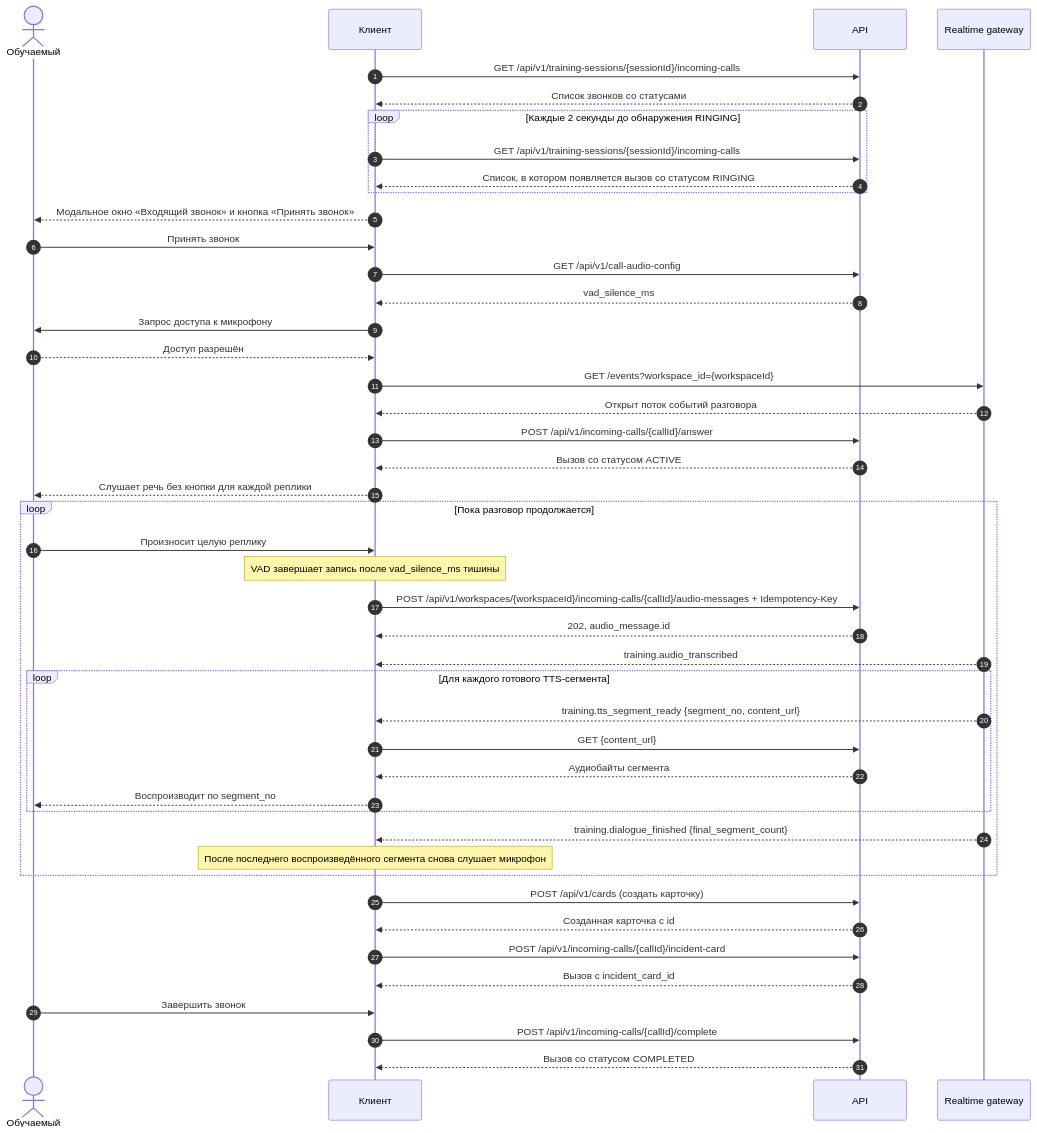
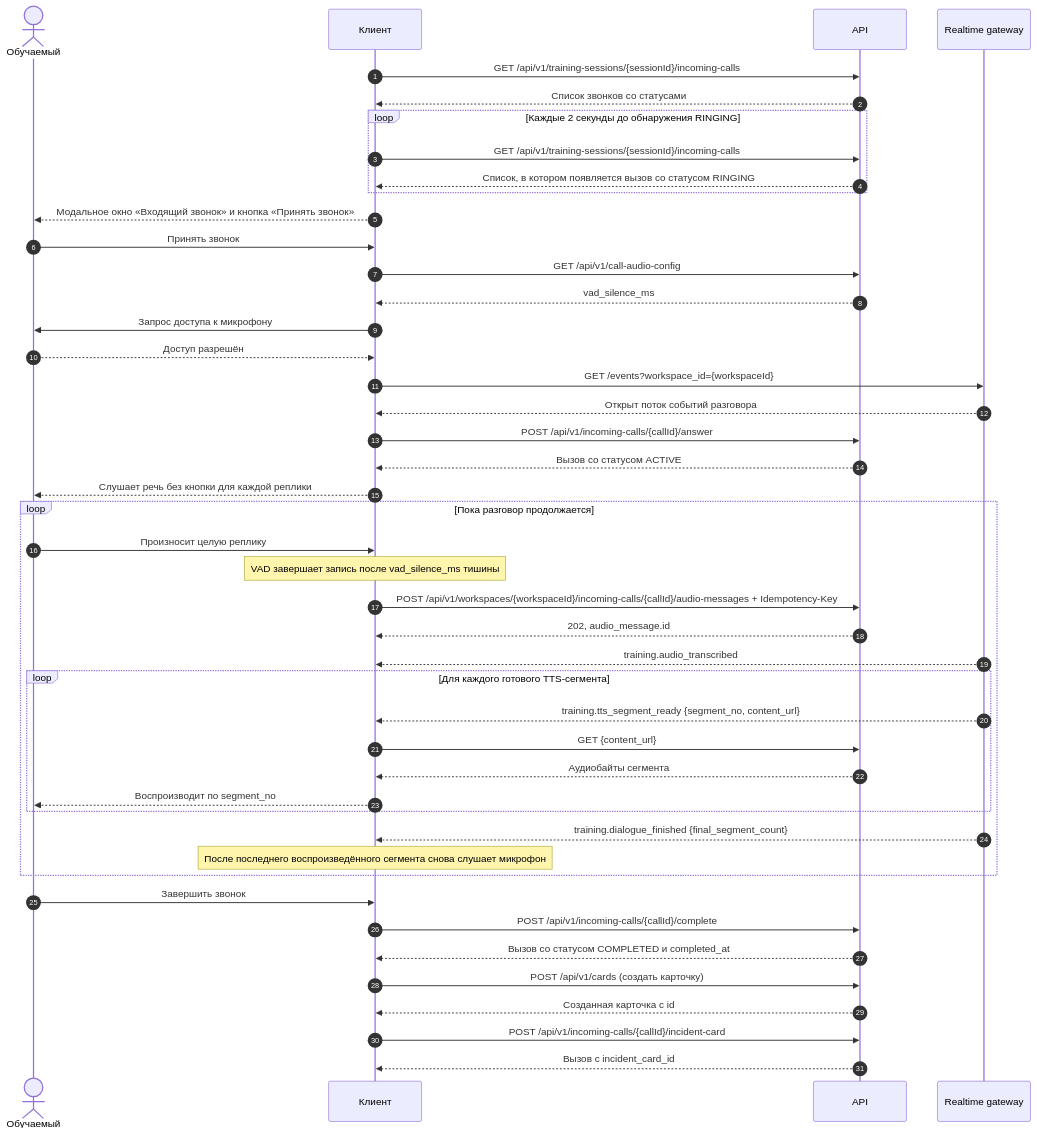
One commit to just-do-it-team/emgncy-edu changed the diagram in backend/src/s112/api/student/incoming_calls/README.MD. Above: the diagram before and after it, drawn with Mermaid. The commit also changed other lines of this file and 9 other files, not shown here.

````diff
--- a/backend/src/s112/api/student/incoming_calls/README.MD
+++ b/backend/src/s112/api/student/incoming_calls/README.MD
@@ -93,48 +100,48 @@
 ```mermaid
 sequenceDiagram
     autonumber
     actor Student as Обучаемый
     participant UI as Клиент
     participant API as API
     participant SSE as Realtime gateway
 
     UI->>API: GET /api/v1/training-sessions/{sessionId}/incoming-calls
     API-->>UI: Список звонков со статусами
     loop Каждые 2 секунды до обнаружения RINGING
         UI->>API: GET /api/v1/training-sessions/{sessionId}/incoming-calls
         API-->>UI: Список, в котором появляется вызов со статусом RINGING
     end
     UI-->>Student: Модальное окно «Входящий звонок» и кнопка «Принять звонок»
     Student->>UI: Принять звонок
     UI->>API: GET /api/v1/call-audio-config
     API-->>UI: vad_silence_ms
     UI->>Student: Запрос доступа к микрофону
     Student-->>UI: Доступ разрешён
     UI->>SSE: GET /events?workspace_id={workspaceId}
     SSE-->>UI: Открыт поток событий разговора
     UI->>API: POST /api/v1/incoming-calls/{callId}/answer
     API-->>UI: Вызов со статусом ACTIVE
     UI-->>Student: Слушает речь без кнопки для каждой реплики
     loop Пока разговор продолжается
         Student->>UI: Произносит целую реплику
         Note over UI: VAD завершает запись после vad_silence_ms тишины
         UI->>API: POST /api/v1/workspaces/{workspaceId}/incoming-calls/{callId}/audio-messages + Idempotency-Key
         API-->>UI: 202, audio_message.id
         SSE-->>UI: training.audio_transcribed
         loop Для каждого готового TTS-сегмента
             SSE-->>UI: training.tts_segment_ready {segment_no, content_url}
             UI->>API: GET {content_url}
             API-->>UI: Аудиобайты сегмента
             UI-->>Student: Воспроизводит по segment_no
         end
         SSE-->>UI: training.dialogue_finished {final_segment_count}
         Note over UI: После последнего воспроизведённого сегмента снова слушает микрофон
     end
+    Student->>UI: Завершить звонок
+    UI->>API: POST /api/v1/incoming-calls/{callId}/complete
+    API-->>UI: Вызов со статусом COMPLETED и completed_at
     UI->>API: POST /api/v1/cards (создать карточку)
     API-->>UI: Созданная карточка с id
     UI->>API: POST /api/v1/incoming-calls/{callId}/incident-card
     API-->>UI: Вызов с incident_card_id
-    Student->>UI: Завершить звонок
-    UI->>API: POST /api/v1/incoming-calls/{callId}/complete
-    API-->>UI: Вызов со статусом COMPLETED
 ```
````
